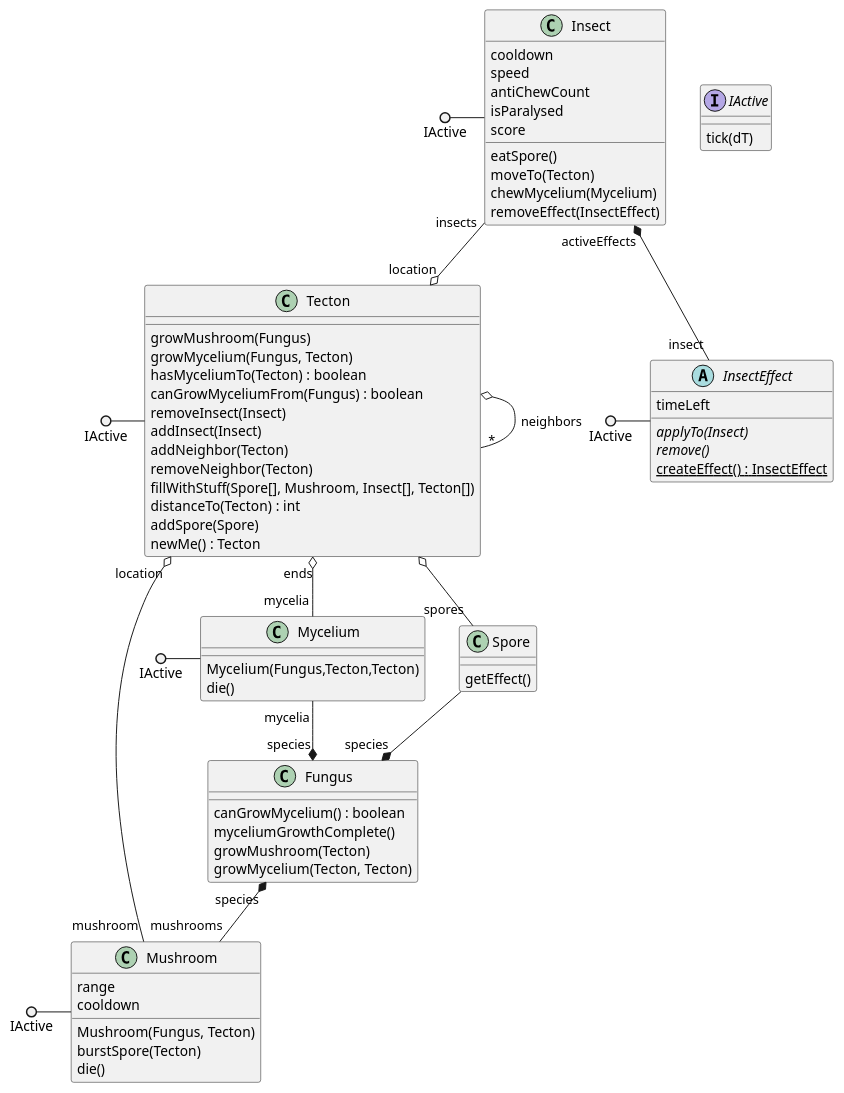
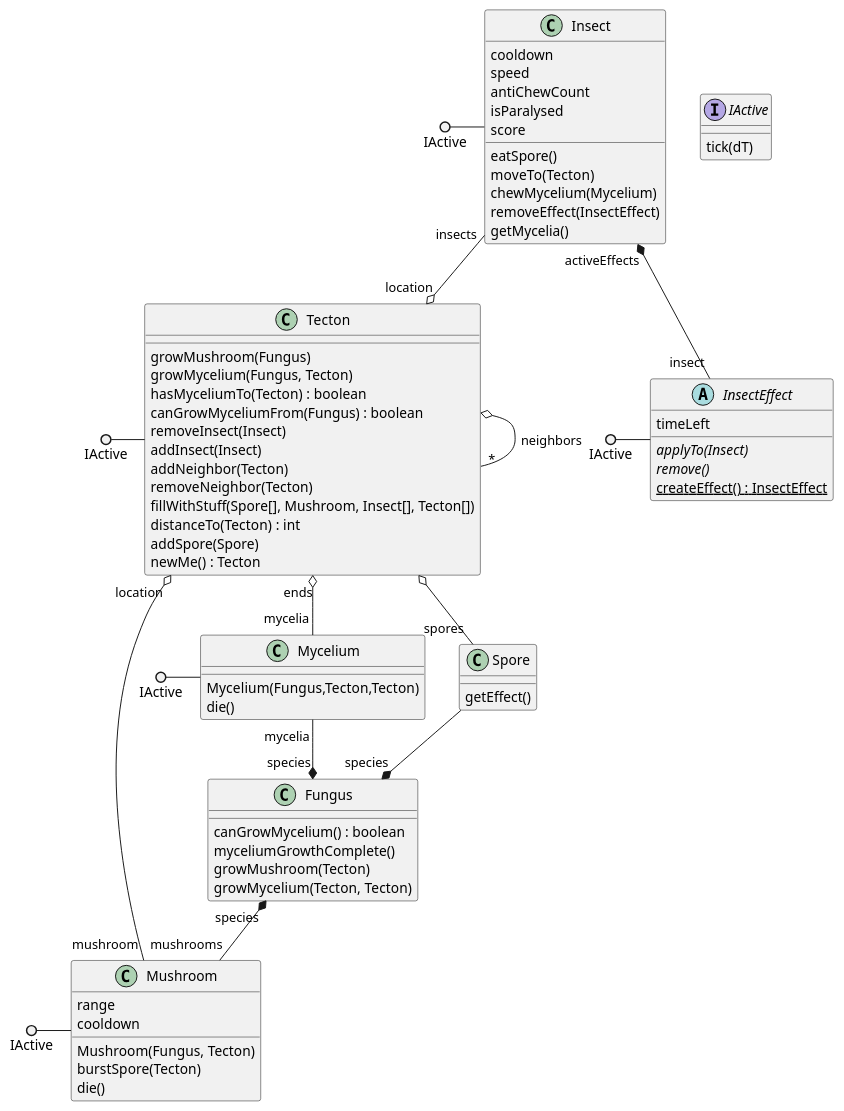
Before and after one commit to ZD4ve/projlab-error521: the diagram in classes.pu, drawn with PlantUML.

Commit message:
get-parameter sq diagrams v1

```diff
--- a/classes.pu
+++ b/classes.pu
@@ -1,74 +1,75 @@
 @startuml classes
 interface IActive {
     tick(dT)
 }
 class Tecton {
     growMushroom(Fungus)
     growMycelium(Fungus, Tecton)
     hasMyceliumTo(Tecton) : boolean
     canGrowMyceliumFrom(Fungus) : boolean
     removeInsect(Insect)
     addInsect(Insect)
     addNeighbor(Tecton)
     removeNeighbor(Tecton)
     fillWithStuff(Spore[], Mushroom, Insect[], Tecton[])
     distanceTo(Tecton) : int
     addSpore(Spore)
     newMe() : Tecton
 }
 class Fungus {
     canGrowMycelium() : boolean
     myceliumGrowthComplete()
     growMushroom(Tecton)
     growMycelium(Tecton, Tecton)
 }
 class Mycelium {
     Mycelium(Fungus,Tecton,Tecton)
     die()
 }
 class Mushroom {
     range
     cooldown
     Mushroom(Fungus, Tecton)
     burstSpore(Tecton)
     die()
 }
 class Spore {
     getEffect()
 }
 class Insect {
     cooldown
     speed
     antiChewCount
     isParalysed
     score
     eatSpore()
     moveTo(Tecton)
     chewMycelium(Mycelium)
     removeEffect(InsectEffect)
+    getMycelia()
 }
 abstract InsectEffect {
     timeLeft
     {abstract} applyTo(Insect)
     {abstract} remove()
     {static} createEffect() : InsectEffect
 }
 
 IActive ()- Tecton
 IActive ()- Mushroom
 IActive ()- Mycelium
 IActive ()- Insect
 IActive ()- InsectEffect
 
 Tecton o-- "*" Tecton : neighbors
 Tecton "ends" o-- "mycelia" Mycelium
 Tecton o-- "spores" Spore
 Tecton "location" o-- "mushroom" Mushroom
 
 Mycelium "mycelia" --* "species" Fungus
 Insect "activeEffects" *-- "insect" InsectEffect
 Insect "insects" --o "location" Tecton
 Fungus "species" *-- "mushrooms" Mushroom
 Spore --* "species" Fungus
 
 @enduml
```
